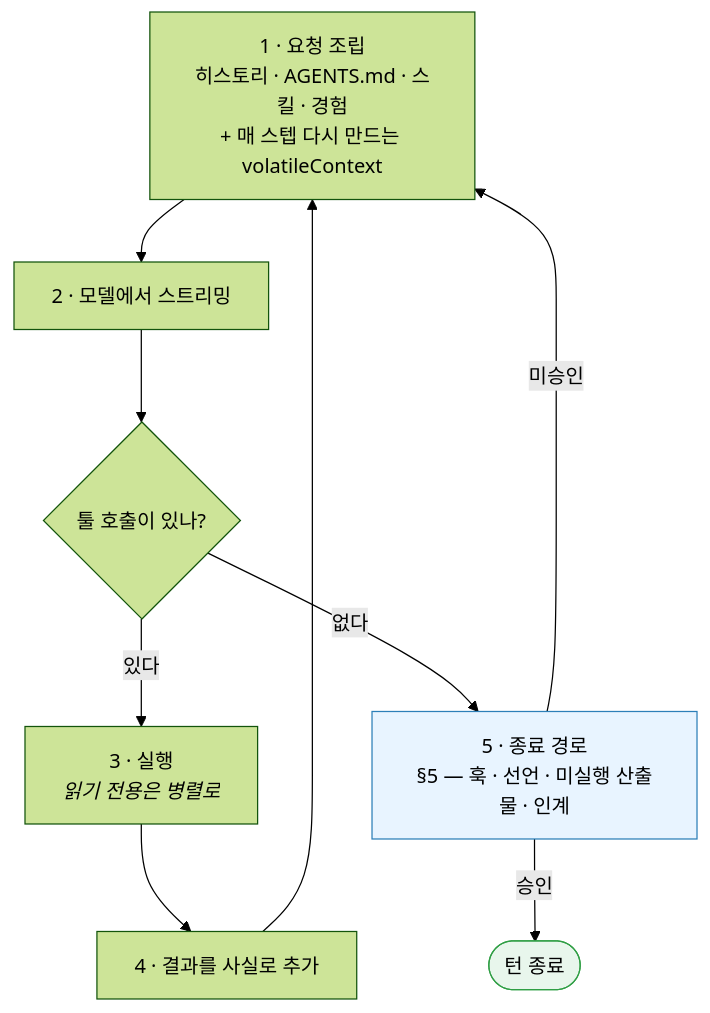
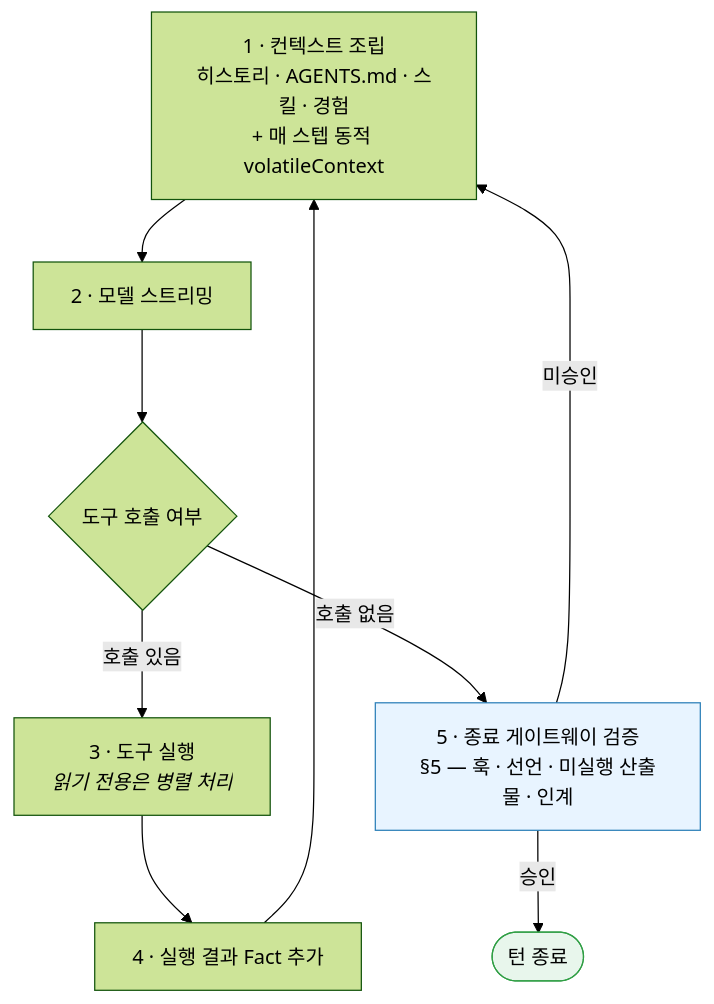
One commit to sayaya1090/magi changed the fourth of 6 diagrams in docs/ARCHITECTURE.ko.md. Above: the diagram before and after it, drawn with Mermaid (forest theme). The commit also changed other lines of this file, not shown here.

Commit message:
docs(architecture): 아키텍처 문서 내 서술을 표준 엔지니어링 문체로 전면 교정

````diff
--- a/docs/ARCHITECTURE.ko.md
+++ b/docs/ARCHITECTURE.ko.md
@@ -524,12 +385,12 @@
 ```mermaid
 flowchart TD
-    A[1 · 요청 조립<br/>히스토리 · AGENTS.md · 스킬 · 경험<br/>+ 매 스텝 다시 만드는 volatileContext] --> B[2 · 모델에서 스트리밍]
-    B --> C{툴 호출이 있나?}
-    C -->|있다| D[3 · 실행<br/><i>읽기 전용은 병렬로</i>] --> E[4 · 결과를 사실로 추가] --> A
-    C -->|없다| F[5 · 종료 경로<br/>§5 — 훅 · 선언 · 미실행 산출물 · 인계]
+    A[1 · 컨텍스트 조립<br/>히스토리 · AGENTS.md · 스킬 · 경험<br/>+ 매 스텝 동적 volatileContext] --> B[2 · 모델 스트리밍]
+    B --> C{도구 호출 여부}
+    C -->|호출 있음| D[3 · 도구 실행<br/><i>읽기 전용은 병렬 처리</i>] --> E[4 · 실행 결과 Fact 추가] --> A
+    C -->|호출 없음| F[5 · 종료 게이트웨이 검증<br/>§5 — 훅 · 선언 · 미실행 산출물 · 인계]
     F -->|미승인| A
     F -->|승인| G([턴 종료])
 
     style G fill:#e8f6ec,stroke:#2f9e44
     style F fill:#e8f4ff,stroke:#2c7fb8
 ```
````
